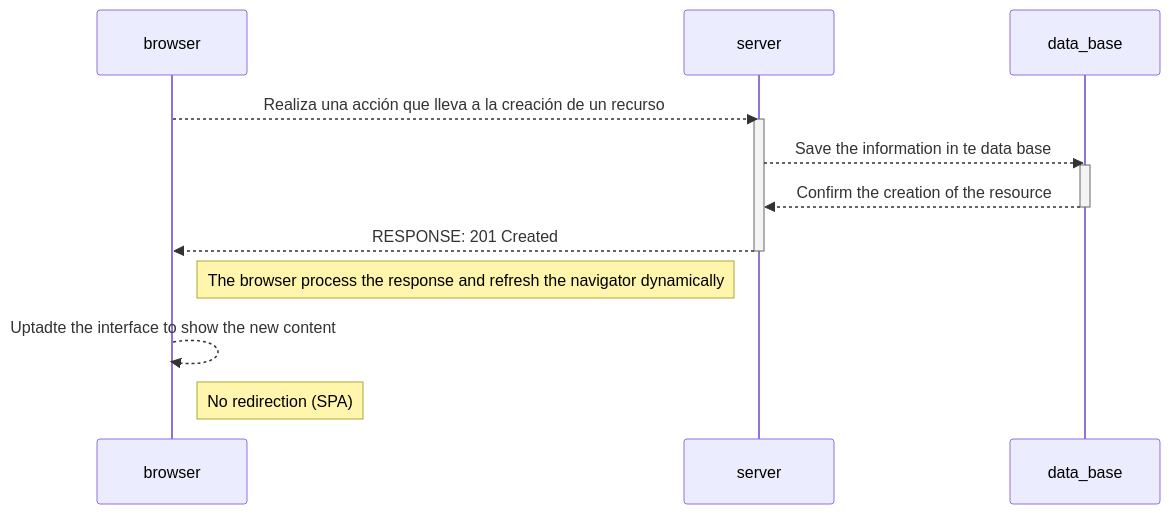
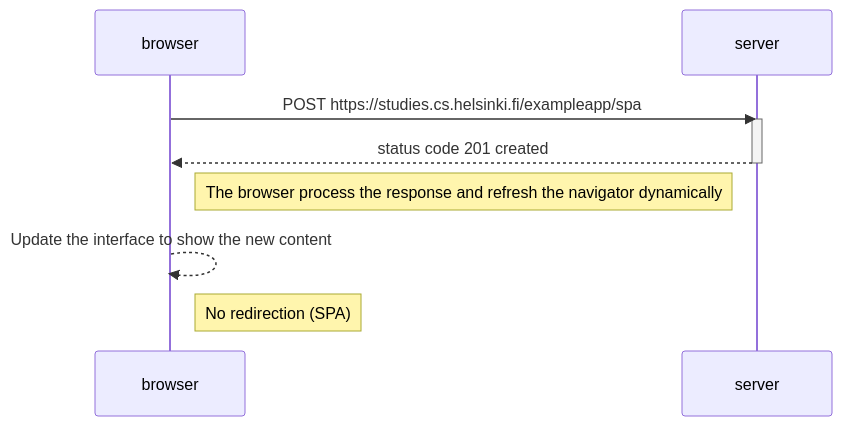
Before and after one commit to LucasAraujo639/fullstackopen.com: the diagram in part 0/0.6-diagram.md, drawn with Mermaid. The commit also changed 2 other files, not shown here.

Commit message:
Se arreglo parte 0

````diff
--- a/part 0/0.6-diagram.md
+++ b/part 0/0.6-diagram.md
@@ -1,19 +1,16 @@
 ``` mermaid
     sequenceDiagram
-        participant browser
-        participant server
-        participant data_base
-        
-        browser-->>server: Realiza una acción que lleva a la creación de un recurso
-        activate server
-        server-->>data_base: Save the information in te data base
-        activate data_base
-        data_base-->>server: Confirm the creation of the resource
-        deactivate data_base
-        server-->>browser: RESPONSE: 201 Created
-        deactivate server
+    participant browser
+    participant server
+   
+    browser->>server: POST  https://studies.cs.helsinki.fi/exampleapp/spa
+    activate server
+    server-->>browser: status code 201 created
+    deactivate server
 
-        Note right of browser: The browser process the response and refresh the navigator dynamically
-        browser-->>browser: Uptadte the interface to show the new content
-        Note right of browser: No redirection (SPA)
+    Note right of browser: The browser process the response and refresh the navigator dynamically
+
+    browser-->>browser: Update the interface to show the new content
+
+    Note right of browser: No redirection (SPA)
 ```
````
